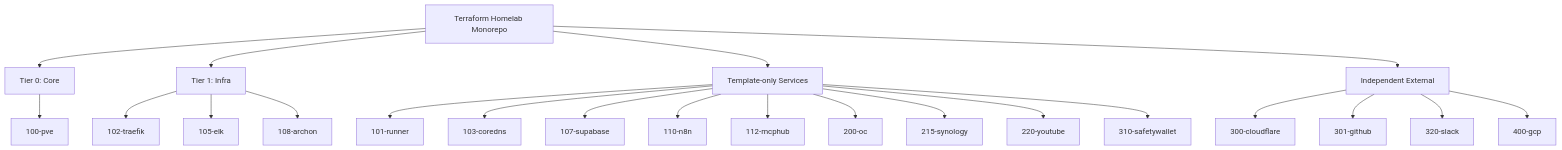
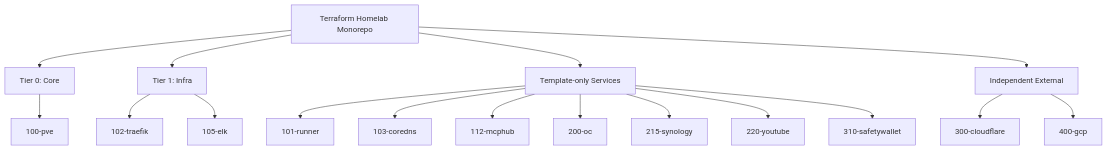
The second of 2 diagrams in README.md (jclee941/terraform), drawn with Mermaid before and after one commit. The commit also changed other lines of this file and 93 other files, not shown here.

````diff
--- a/README.md
+++ b/README.md
@@ -94,28 +93,23 @@
 ```mermaid
 graph TD
   Root["Terraform Homelab Monorepo"] --> Tier0["Tier 0: Core"]
   Root --> Tier1["Tier 1: Infra"]
   Root --> Template["Template-only Services"]
   Root --> External["Independent External"]
 
   Tier0 --> PVE["100-pve"]
 
   Tier1 --> Traefik["102-traefik"]
   Tier1 --> ELK["105-elk"]
-  Tier1 --> Archon["108-archon"]
 
   Template --> Runner["101-runner"]
   Template --> CoreDNS["103-coredns"]
-  Template --> Supabase["107-supabase"]
-  Template --> N8N["110-n8n"]
   Template --> MCPHub["112-mcphub"]
   Template --> OC["200-oc"]
   Template --> Synology["215-synology"]
   Template --> YouTube["220-youtube"]
   Template --> SafetyWallet["310-safetywallet"]
 
   External --> Cloudflare["300-cloudflare"]
-  External --> GitHub["301-github"]
-  External --> Slack["320-slack"]
   External --> GCP["400-gcp"]
 ```
````
